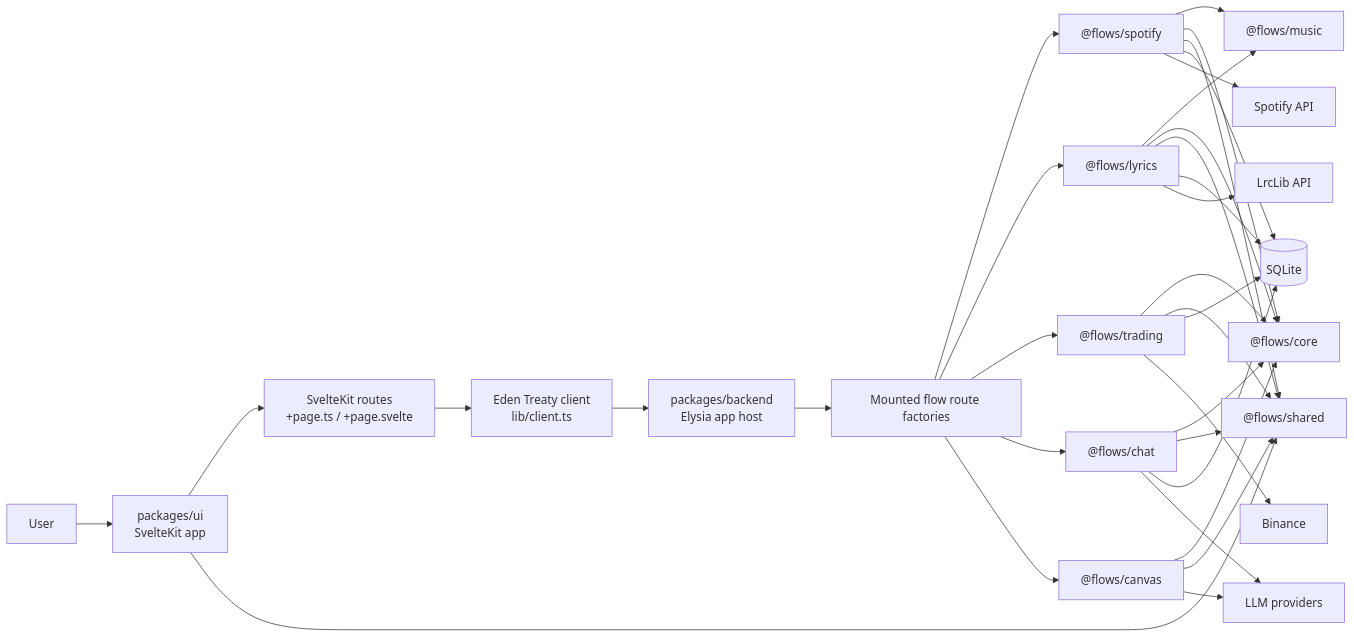
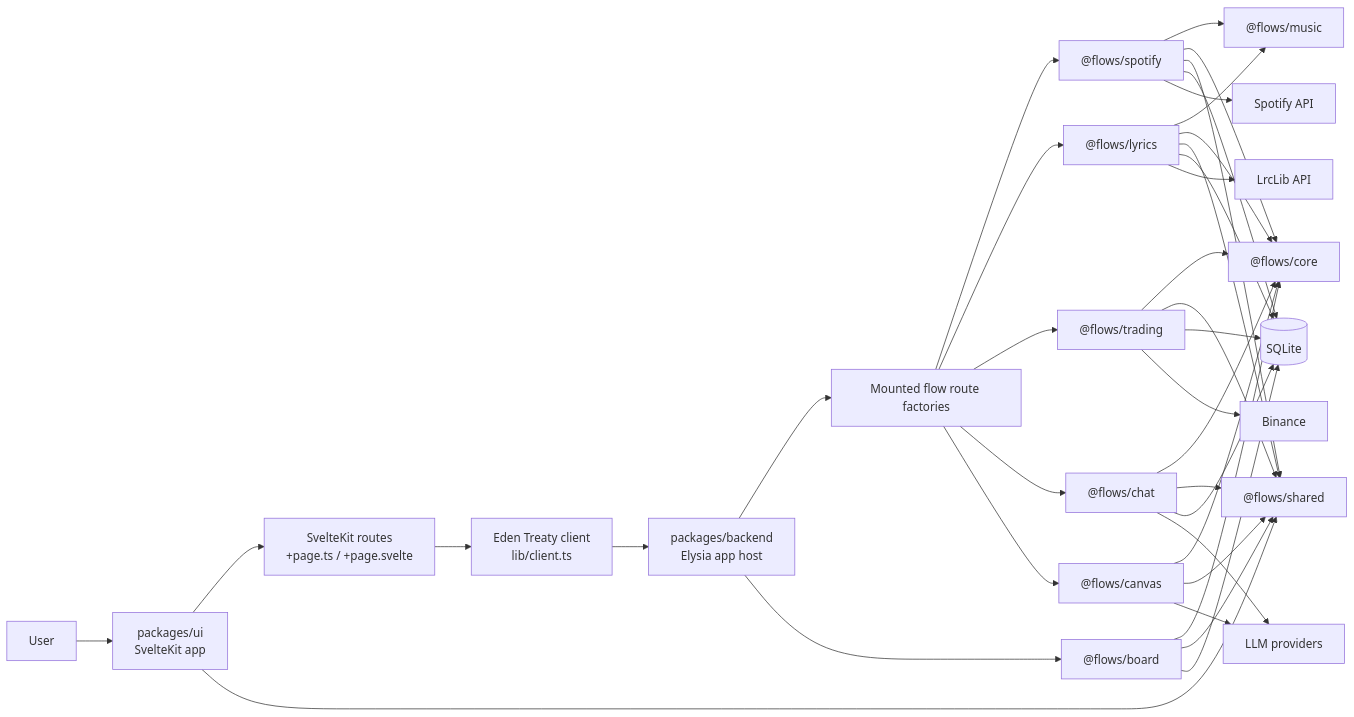
One commit to jorgesalica/flow-sample changed the first of 3 diagrams in docs/architecture/system-map.md. Above: the diagram before and after it, drawn with Mermaid. The commit also changed other lines of this file and 56 other files, not shown here.

````diff
--- a/docs/architecture/system-map.md
+++ b/docs/architecture/system-map.md
@@ -23,41 +23,45 @@
 ```mermaid
 flowchart LR
     user["User"] --> ui["packages/ui\nSvelteKit app"]
     ui --> routes["SvelteKit routes\n+page.ts / +page.svelte"]
     routes --> eden["Eden Treaty client\nlib/client.ts"]
     eden --> host["packages/backend\nElysia app host"]
     host --> mounted["Mounted flow route factories"]
 
     mounted --> spotify["@flows/spotify"]
     mounted --> lyrics["@flows/lyrics"]
     mounted --> trading["@flows/trading"]
     mounted --> chat["@flows/chat"]
     mounted --> canvas["@flows/canvas"]
+    host --> boardPkg["@flows/board"]
 
     spotify --> music["@flows/music"]
     lyrics --> music
 
     spotify --> core["@flows/core"]
     lyrics --> core
     trading --> core
     chat --> core
     canvas --> core
+    boardPkg --> core
 
     spotify --> shared["@flows/shared"]
     lyrics --> shared
     trading --> shared
     chat --> shared
     canvas --> shared
+    boardPkg --> shared
     ui --> shared
 
     spotify --> sqlite[("SQLite")]
     lyrics --> sqlite
     trading --> sqlite
     chat --> sqlite
+    boardPkg --> sqlite
 
     spotify --> spotifyApi["Spotify API"]
     lyrics --> lrcLib["LrcLib API"]
     trading --> binance["Binance"]
     chat --> llm["LLM providers"]
     canvas --> llm
 ```
````
